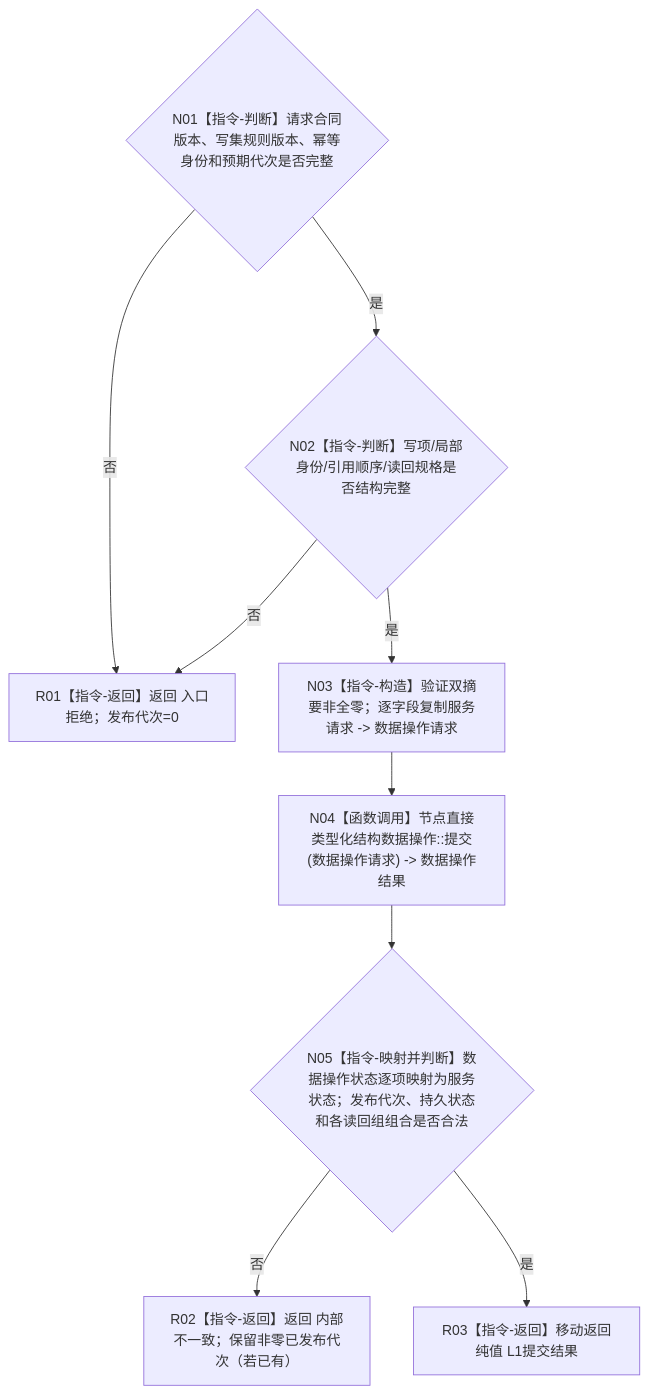
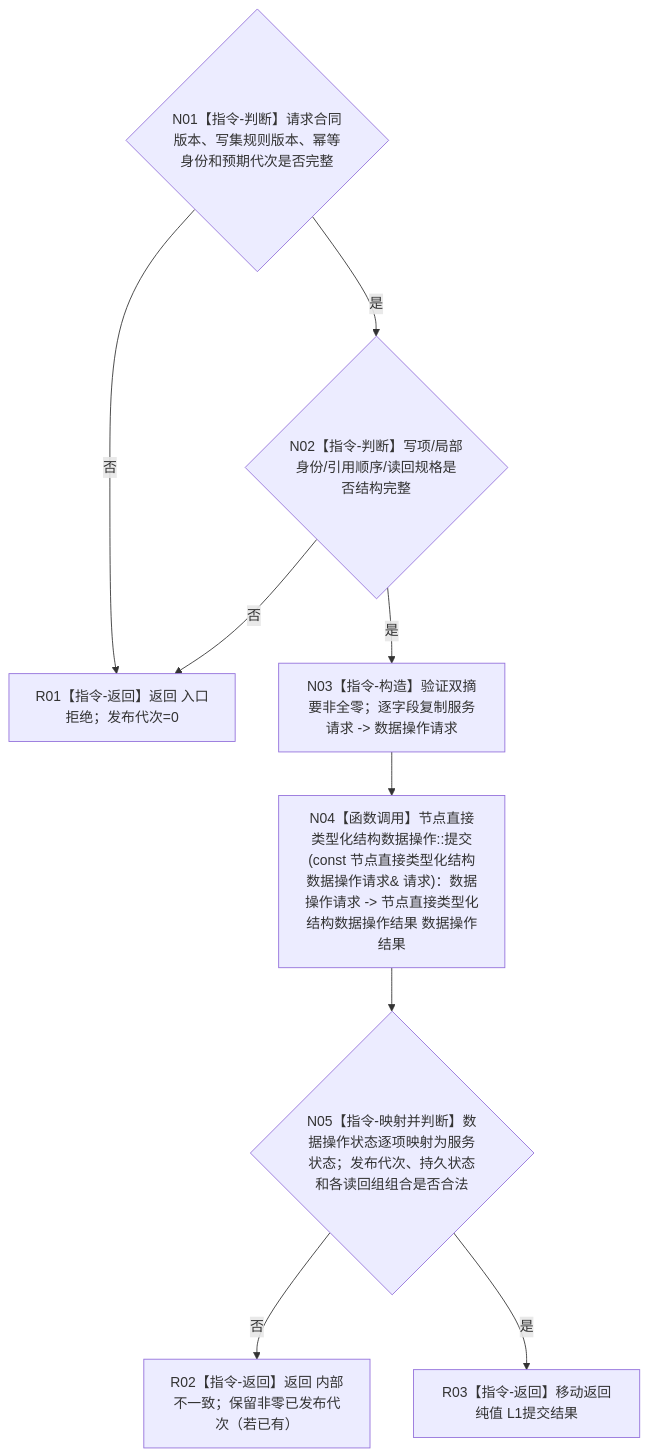
The diagram in 流程图/20260802_节点直接类型化结构提交服务提交_函数流程图_v0.1.md (chunhaizh-cyber/HY-Ego), drawn with Mermaid before and after one commit. The commit also changed other lines of this file and 9 other files, not shown here.

````diff
--- a/流程图/20260802_节点直接类型化结构提交服务提交_函数流程图_v0.1.md
+++ b/流程图/20260802_节点直接类型化结构提交服务提交_函数流程图_v0.1.md
@@ -32,12 +32,12 @@
 ```mermaid
 flowchart TD
     N01{"N01【指令-判断】请求合同版本、写集规则版本、幂等身份和预期代次是否完整"}
     N01 -- "否" --> R01["R01【指令-返回】返回 入口拒绝；发布代次=0"]
     N01 -- "是" --> N02{"N02【指令-判断】写项/局部身份/引用顺序/读回规格是否结构完整"}
     N02 -- "否" --> R01
     N02 -- "是" --> N03["N03【指令-构造】验证双摘要非全零；逐字段复制服务请求 -> 数据操作请求"]
-    N03 --> N04["N04【函数调用】节点直接类型化结构数据操作::提交(数据操作请求) -> 数据操作结果"]
+    N03 --> N04["N04【函数调用】节点直接类型化结构数据操作::提交(const 节点直接类型化结构数据操作请求& 请求)：数据操作请求 -> 节点直接类型化结构数据操作结果 数据操作结果"]
     N04 --> N05{"N05【指令-映射并判断】数据操作状态逐项映射为服务状态；发布代次、持久状态和各读回组组合是否合法"}
     N05 -- "否" --> R02["R02【指令-返回】返回 内部不一致；保留非零已发布代次（若已有）"]
     N05 -- "是" --> R03["R03【指令-返回】移动返回纯值 L1提交结果"]
 ```
````
